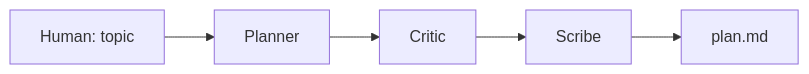
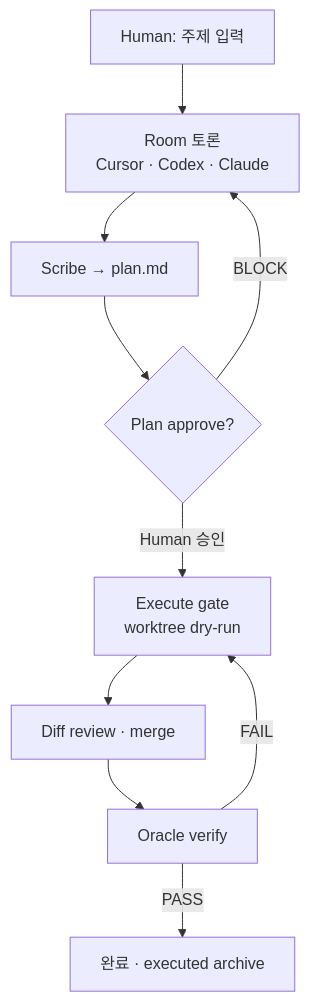
The diagram in README.md (dbswhd/agent-lab), drawn with Mermaid before and after one commit. The commit also changed other lines of this file and 7 other files, not shown here.

````diff
--- a/README.md
+++ b/README.md
@@ -126,7 +78,12 @@
 ```mermaid
-flowchart LR
-  T[Human: topic] --> P[Planner]
-  P --> C[Critic]
-  C --> S[Scribe]
-  S --> O[plan.md]
+flowchart TB
+  H[Human: 주제 입력] --> R[Room 토론\nCursor · Codex · Claude]
+  R --> S[Scribe → plan.md]
+  S --> P{Plan approve?}
+  P -->|Human 승인| E[Execute gate\nworktree dry-run]
+  P -->|BLOCK| R
+  E --> D[Diff review · merge]
+  D --> O[Oracle verify]
+  O -->|PASS| Done[완료 · executed archive]
+  O -->|FAIL| E
 ```
````
